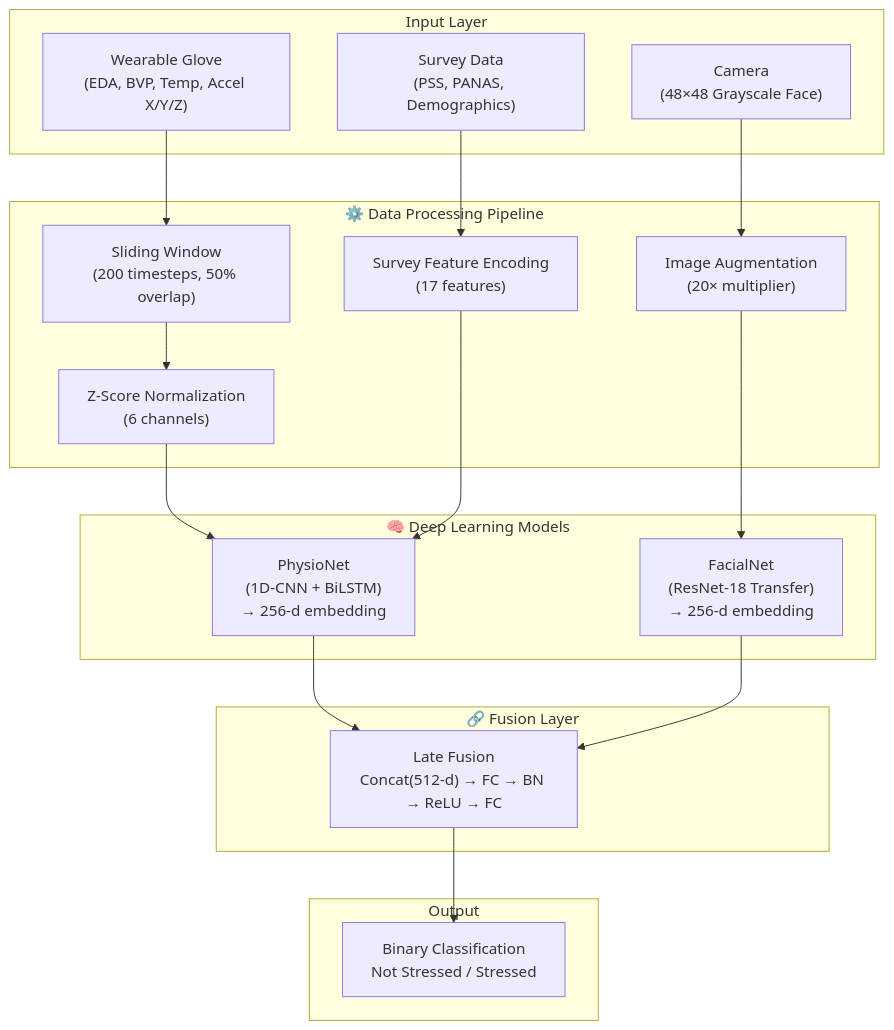
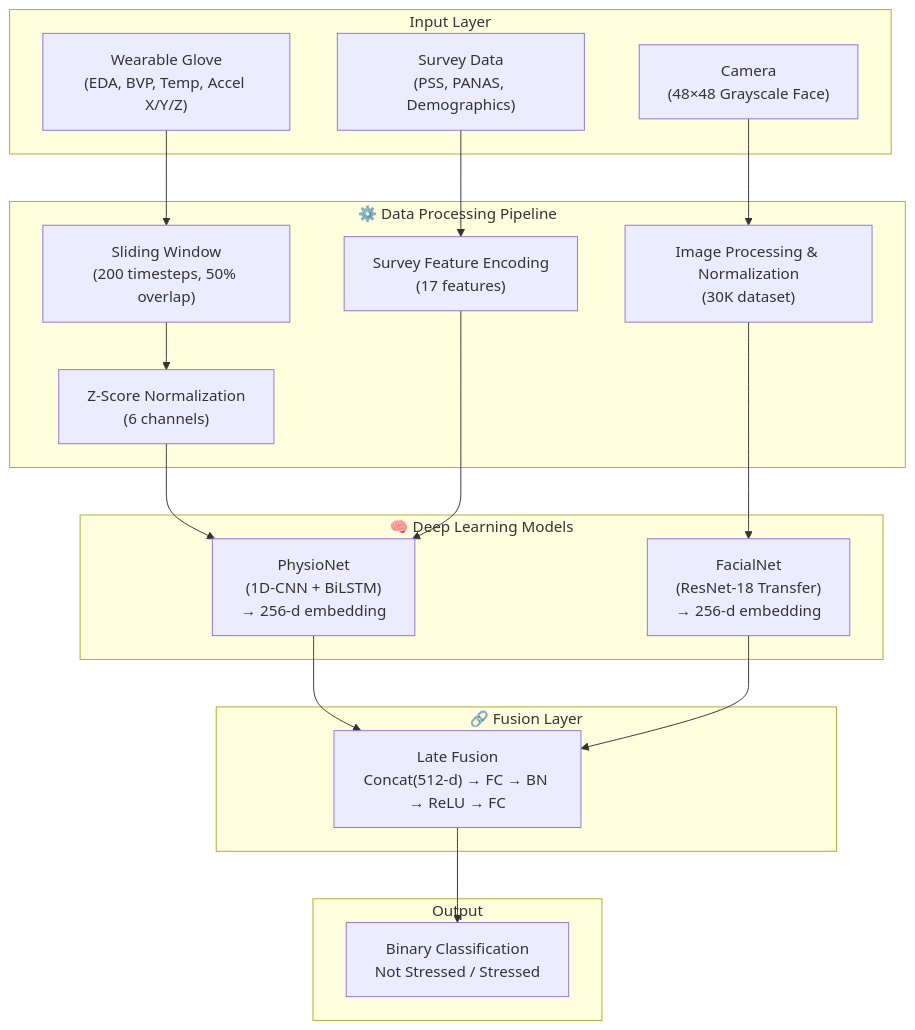
One commit to Yuvi-Sharma07/Capstone changed the first of 3 diagrams in README.md. Above: the diagram before and after it, drawn with Mermaid. The commit also changed other lines of this file, not shown here.

````diff
--- a/README.md
+++ b/README.md
@@ -61,35 +70,35 @@
 ```mermaid
 graph TB
     subgraph Input_Layer["Input Layer"]
         A["Wearable Glove<br/>(EDA, BVP, Temp, Accel X/Y/Z)"]
         B["Camera<br/>(48×48 Grayscale Face)"]
         C["Survey Data<br/>(PSS, PANAS, Demographics)"]
     end
 
     subgraph Data_Pipeline["⚙️ Data Processing Pipeline"]
         D["Sliding Window<br/>(200 timesteps, 50% overlap)"]
         E["Z-Score Normalization<br/>(6 channels)"]
-        F["Image Augmentation<br/>(20× multiplier)"]
+        F["Image Processing & Normalization<br/>(30K dataset)"]
         G["Survey Feature Encoding<br/>(17 features)"]
     end
 
     subgraph Model_Layer["🧠 Deep Learning Models"]
         H["PhysioNet<br/>(1D-CNN + BiLSTM)<br/>→ 256-d embedding"]
         I["FacialNet<br/>(ResNet-18 Transfer)<br/>→ 256-d embedding"]
     end
 
     subgraph Fusion_Layer["🔗 Fusion Layer"]
         J["Late Fusion<br/>Concat(512-d) → FC → BN → ReLU → FC"]
     end
 
     subgraph Output_Layer["Output"]
         K["Binary Classification<br/>Not Stressed / Stressed"]
     end
 
     A --> D --> E --> H
     C --> G --> H
     B --> F --> I
     H --> J
     I --> J
     J --> K
 ```
````
